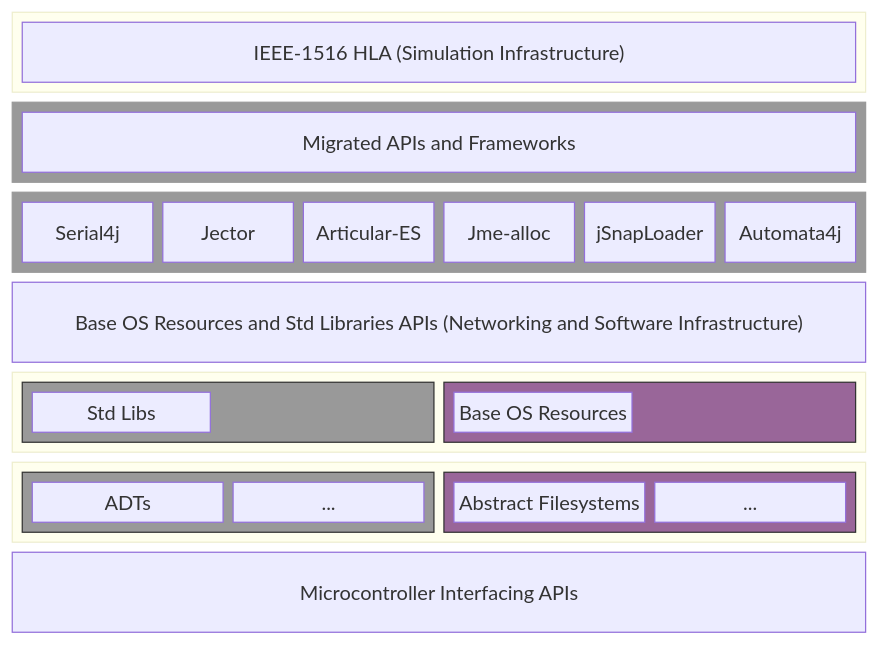
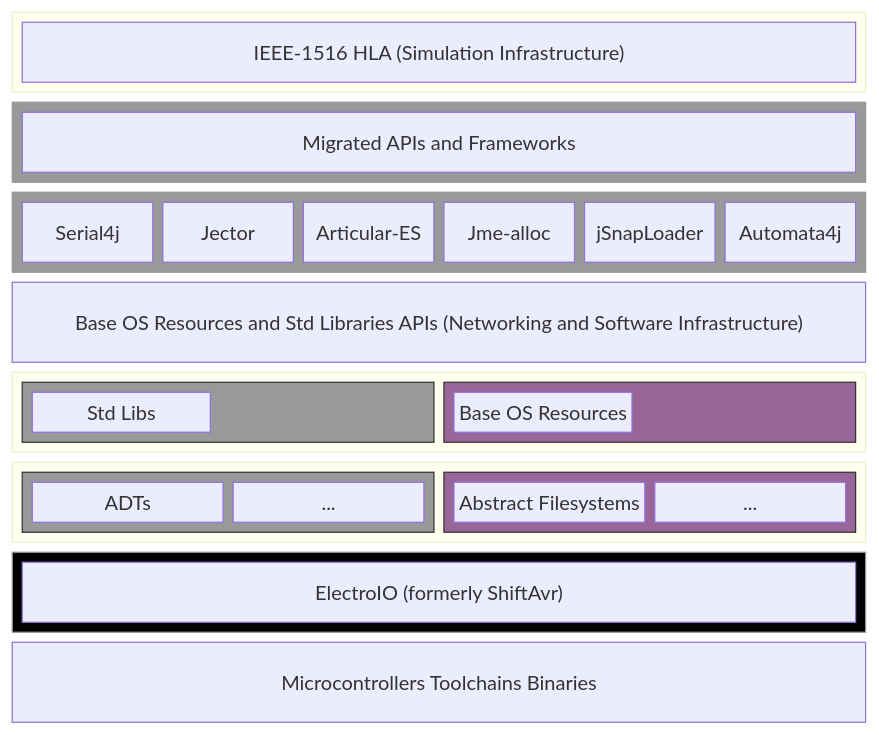
The first of 3 diagrams in README.md (Electrostat-Lab/Electrostatic-Sandbox), drawn with Mermaid before and after one commit. The commit also changed other lines of this file, not shown here.

````diff
--- a/README.md
+++ b/README.md
@@ -23,46 +23,50 @@
 ```mermaid
 block-beta
 columns 1
   block:IEEE
     _IEEE["IEEE-1516 HLA (Simulation Infrastructure)"]
   end
   block:MIG
     _MIG["Migrated APIs and Frameworks"]
   end
   block:MIG_APIs
       SERIAL["Serial4j"]
       JECTOR["Jector"]
       ART["Articular-ES"]
       JME["Jme-alloc"]
       JSNAP["jSnapLoader"]
       AUTO["Automata4j"]
   end
   OS_Res["Base OS Resources and Std Libraries APIs (Networking and Software Infrastructure)"]
   block:TITLE
     block:STD
       Std["Std Libs"]
     end
     block:OS
       OSRES["Base OS Resources"]
     end
   end
   block:HAL
     block:_STD
       ADT["ADTs"]
       _STD_CONT["..."]
     end
     block:_OS
       FS["Abstract Filesystems"]
       _OS_CONT["..."]
     end
   end
-  MCU["Microcontroller Interfacing APIs"]
+  block:ELECTROIO
+      _ELECTROIO["ElectroIO (formerly ShiftAvr)"]
+  end
+  MCU["Microcontrollers Toolchains Binaries"]
 
   style MIG fill:#999,stroke:#999
   style MIG_APIs fill:#999,stroke:#999
+  style ELECTROIO fill:#000,stroke:#999
 
   style OS fill:#969,stroke:#333
   style STD fill:#999,stroke:#333
   style _OS fill:#969,stroke:#333
   style _STD fill:#999,stroke:#333
 ```
````
